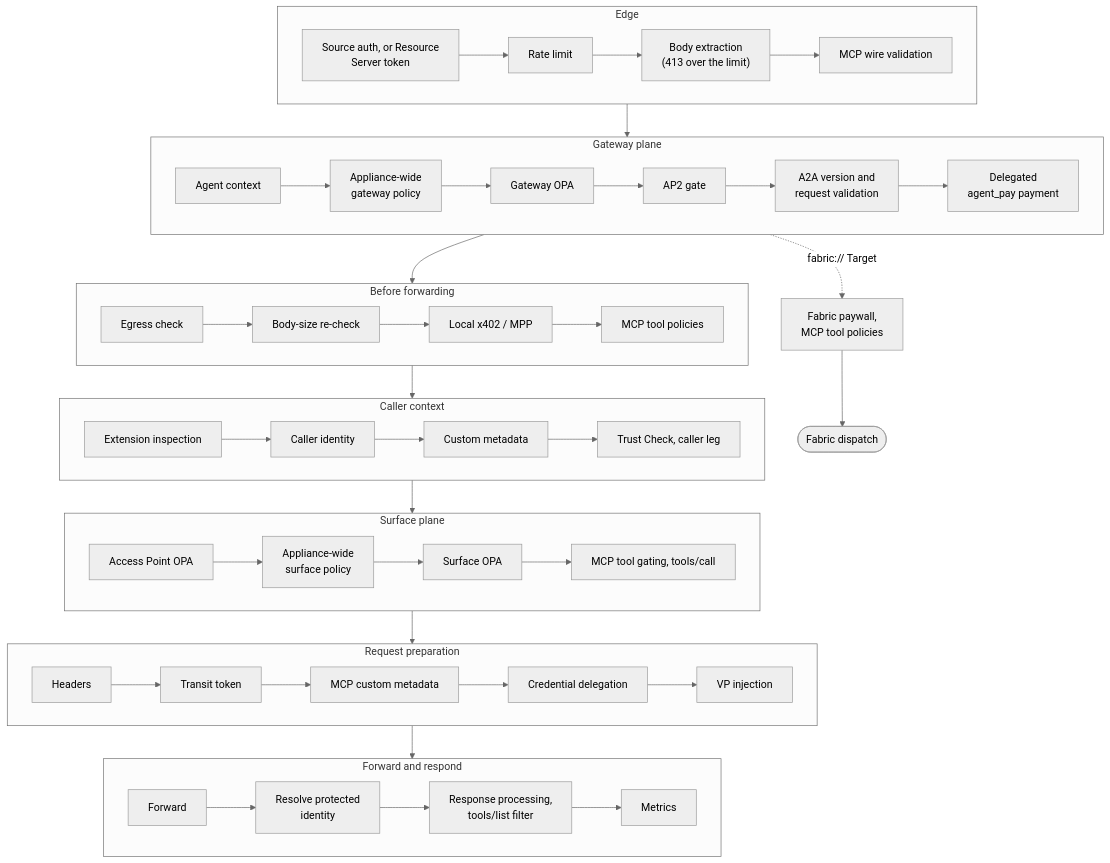
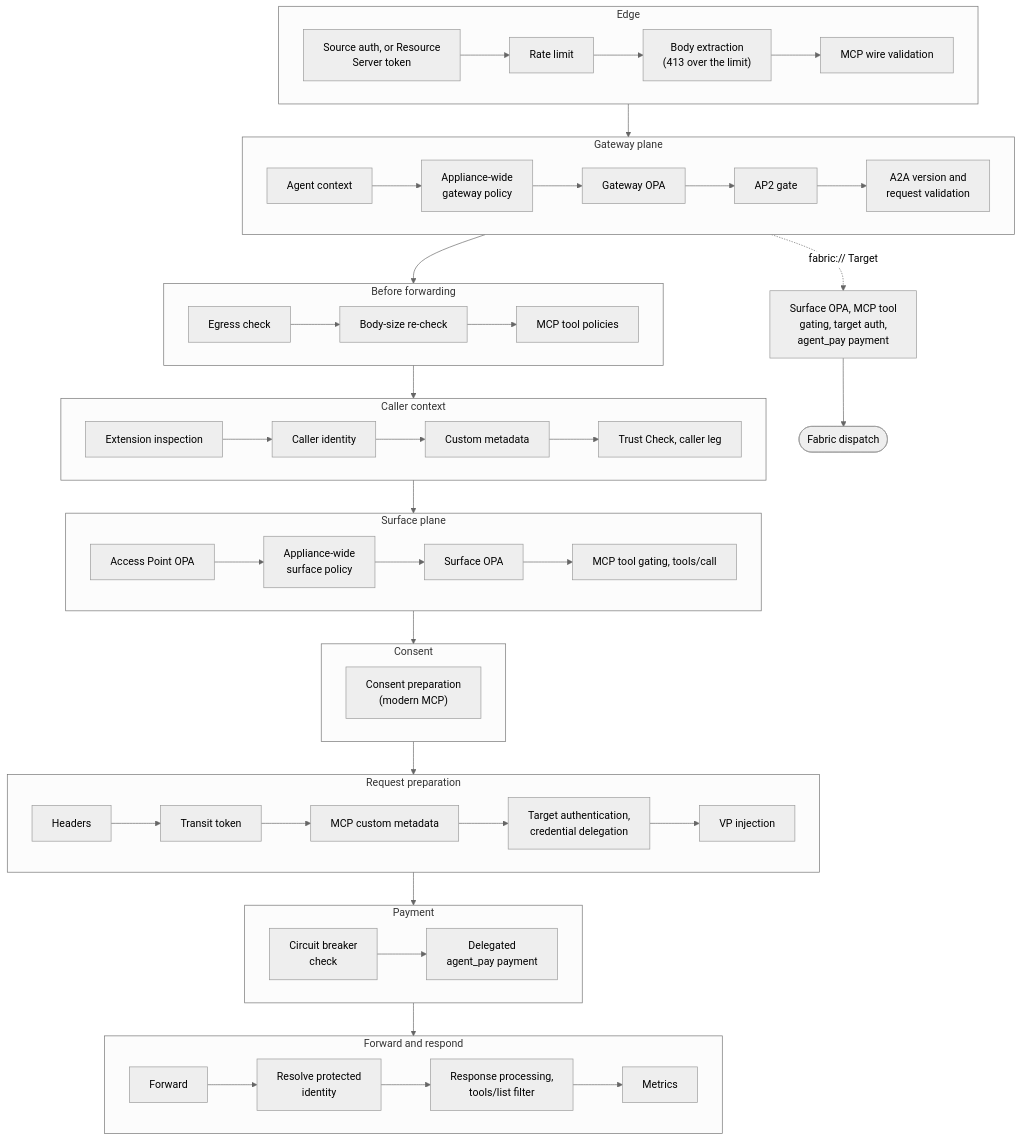
One commit to affinidi-ai/agent-gateway changed the first of 4 diagrams in ARCHITECTURE.md. Above: the diagram before and after it, drawn with Mermaid (neutral theme). The commit also changed other lines of this file and 321 other files, not shown here.

First line of the commit message:
feat: delegate payments to agent-pay (#126)

````diff
--- a/ARCHITECTURE.md
+++ b/ARCHITECTURE.md
@@ -88,33 +88,41 @@
 ```mermaid
 flowchart TB
     subgraph E["Edge"]
         direction LR
         A1["Source auth, or Resource<br/>Server token"] --> A2[Rate limit] --> A3["Body extraction<br/>(413 over the limit)"] --> A4[MCP wire validation]
     end
     subgraph G["Gateway plane"]
         direction LR
-        B0[Agent context] --> B1["Appliance-wide<br/>gateway policy"] --> B2[Gateway OPA] --> B3[AP2 gate] --> B4["A2A version and<br/>request validation"] --> B5["Delegated<br/>agent_pay payment"]
+        B0[Agent context] --> B1["Appliance-wide<br/>gateway policy"] --> B2[Gateway OPA] --> B3[AP2 gate] --> B4["A2A version and<br/>request validation"]
     end
     subgraph P["Before forwarding"]
         direction LR
-        P1[Egress check] --> P2[Body-size re-check] --> P3["Local x402 / MPP"] --> P4[MCP tool policies]
+        P1[Egress check] --> P2[Body-size re-check] --> P4[MCP tool policies]
     end
     subgraph C["Caller context"]
         direction LR
         C1[Extension inspection] --> C2[Caller identity] --> C3[Custom metadata] --> C4["Trust Check, caller leg"]
     end
     subgraph S["Surface plane"]
         direction LR
         D1[Access Point OPA] --> D2["Appliance-wide<br/>surface policy"] --> D3[Surface OPA] --> D4["MCP tool gating, tools/call"]
     end
+    subgraph Y["Consent"]
+        direction LR
+        Y1["Consent preparation<br/>(modern MCP)"]
+    end
     subgraph O["Request preparation"]
         direction LR
-        O1[Headers] --> O2[Transit token] --> O3[MCP custom metadata] --> O4[Credential delegation] --> O5[VP injection]
+        O1[Headers] --> O2[Transit token] --> O3[MCP custom metadata] --> O4["Target authentication,<br/>credential delegation"] --> O5[VP injection]
+    end
+    subgraph Z["Payment"]
+        direction LR
+        Z1["Circuit breaker<br/>check"] --> Z2["Delegated<br/>agent_pay payment"]
     end
     subgraph F["Forward and respond"]
         direction LR
         F1[Forward] --> F2["Resolve protected<br/>identity"] --> F3["Response processing,<br/>tools/list filter"] --> F4[Metrics]
     end
-    E --> G --> P --> C --> S --> O --> F
-    B5 -. fabric:// Target .-> FP["Fabric paywall,<br/>MCP tool policies"] --> FB([Fabric dispatch])
+    E --> G --> P --> C --> S --> Y --> O --> Z --> F
+    B4 -. fabric:// Target .-> FP["Surface OPA, MCP tool<br/>gating, target auth,<br/>agent_pay payment"] --> FB([Fabric dispatch])
 ```
````
